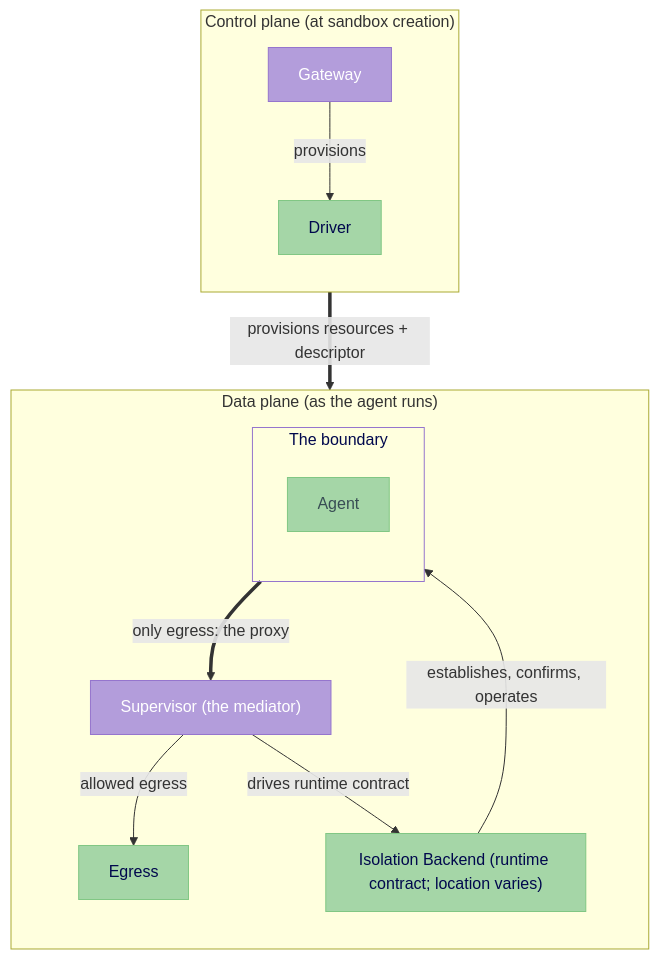
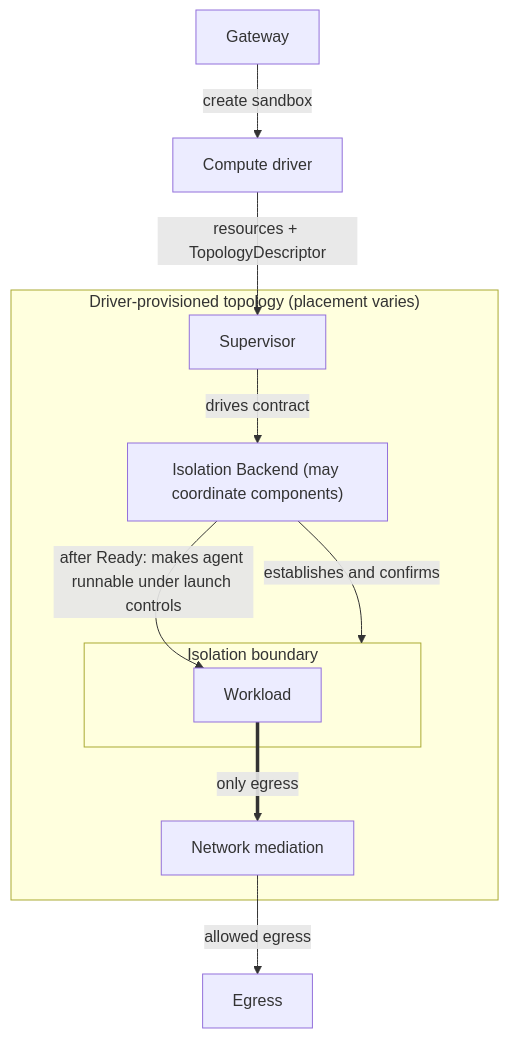
Before and after one commit to NVIDIA/OpenShell: the diagram in rfc/0012-isolation-backend/README.md, drawn with Mermaid. The commit also changed other lines of this file and 2 other files, not shown here.

````diff
--- a/rfc/0012-isolation-backend/README.md
+++ b/rfc/0012-isolation-backend/README.md
@@ -48,34 +55,21 @@
 ```mermaid
-graph TB
-    subgraph ControlPlane["Control plane (at sandbox creation)"]
-        direction TB
-        Gateway["Gateway"]
-        Driver["Driver"]
-        Gateway -->|provisions| Driver
+flowchart TB
+    Gateway["Gateway"] -->|"create sandbox"| Driver["Compute driver"]
+
+    subgraph Topology["Driver-provisioned topology (placement varies)"]
+        Supervisor["Supervisor"]
+        Backend["Isolation Backend (may coordinate components)"]
+        Mediator["Network mediation"]
+        subgraph Boundary["Isolation boundary"]
+            Workload["Workload"]
+        end
+
+        Supervisor -->|"drives contract"| Backend
+        Backend -->|"establishes and confirms"| Boundary
+        Backend -->|"after Ready: makes agent runnable under launch controls"| Workload
+        Workload ==>|"only egress"| Mediator
     end
 
-    subgraph DataPlane["Data plane (as the agent runs)"]
-        direction TB
-        subgraph Boundary["The boundary"]
-            direction TB
-            Agent["Agent"]
-        end
-        Supervisor["Supervisor (the mediator)"]
-        Runtime["Isolation Backend (runtime contract; location varies)"]
-        Egress["Egress"]
-        Agent ==>|only egress: the proxy| Supervisor
-        Supervisor -->|allowed egress| Egress
-        Supervisor -->|drives runtime contract| Runtime
-    end
-
-    Driver ==>|provisions resources + descriptor| Boundary
-    Runtime -->|establishes, confirms, operates| Boundary
-
-    style Boundary fill:none,stroke:#9575cd,color:#00084D
-    style Gateway fill:#b39ddb,stroke:#9575cd,color:#fff
-    style Supervisor fill:#b39ddb,stroke:#9575cd,color:#fff
-    style Driver fill:#a5d6a7,stroke:#81c784,color:#00084D
-    style Runtime fill:#a5d6a7,stroke:#81c784,color:#00084D
-    style Agent fill:#a5d6a7,stroke:#81c784,color:#384D54
-    style Egress fill:#a5d6a7,stroke:#81c784,color:#00084D
+    Driver -->|"resources + TopologyDescriptor"| Supervisor
+    Mediator -->|"allowed egress"| Egress["Egress"]
 ```
````
